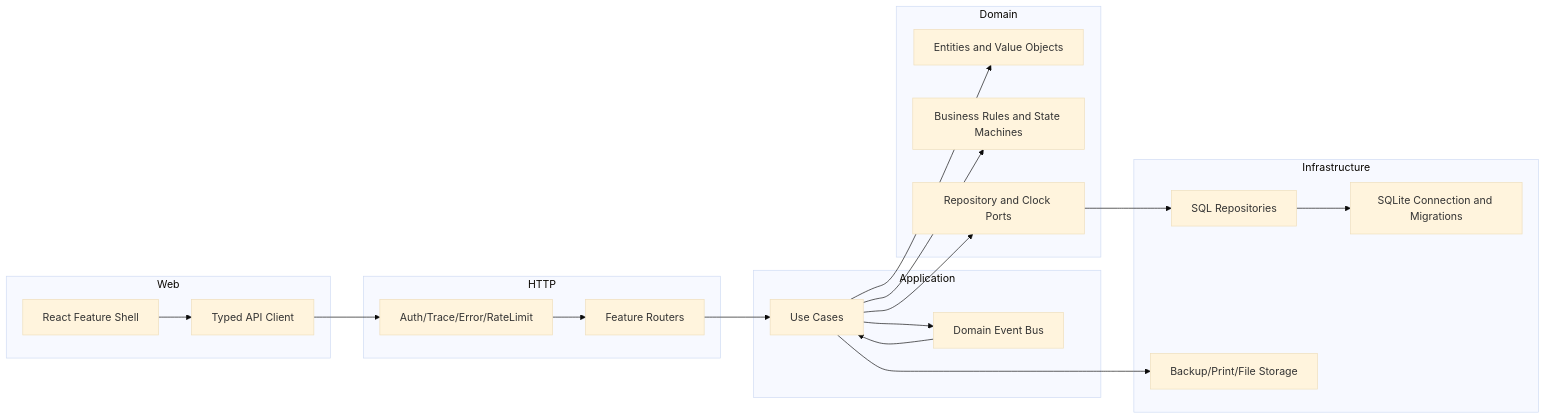
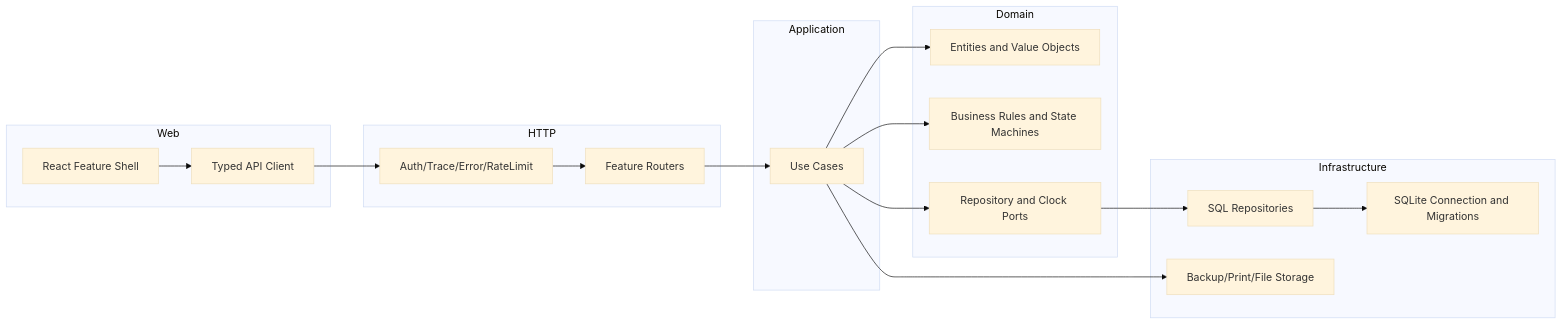
Before and after one commit to 1290464284-ship-it/rongyi: the first of 3 diagrams in docs/architecture/refactor-v2-architecture.md, drawn with Mermaid (base theme). The commit also changed other lines of this file and 21 other files, not shown here.

````diff
--- a/docs/architecture/refactor-v2-architecture.md
+++ b/docs/architecture/refactor-v2-architecture.md
@@ -14,42 +14,39 @@
 ```mermaid
 flowchart LR
   subgraph Web
     UI[React Feature Shell]
     API_CLIENT[Typed API Client]
   end
 
   subgraph HTTP
     MIDDLEWARE[Auth/Trace/Error/RateLimit]
     ROUTER[Feature Routers]
   end
 
   subgraph Application
     USE_CASES[Use Cases]
-    EVENT_BUS[Domain Event Bus]
   end
 
   subgraph Domain
     ENTITIES[Entities and Value Objects]
     RULES[Business Rules and State Machines]
     PORTS[Repository and Clock Ports]
   end
 
   subgraph Infrastructure
     SQLITE[SQLite Connection and Migrations]
     REPOS[SQL Repositories]
     FILES[Backup/Print/File Storage]
   end
 
   UI --> API_CLIENT
   API_CLIENT --> MIDDLEWARE
   MIDDLEWARE --> ROUTER
   ROUTER --> USE_CASES
   USE_CASES --> ENTITIES
   USE_CASES --> RULES
   USE_CASES --> PORTS
-  USE_CASES --> EVENT_BUS
   PORTS --> REPOS
   REPOS --> SQLITE
   USE_CASES --> FILES
-  EVENT_BUS --> USE_CASES
 ```
````
